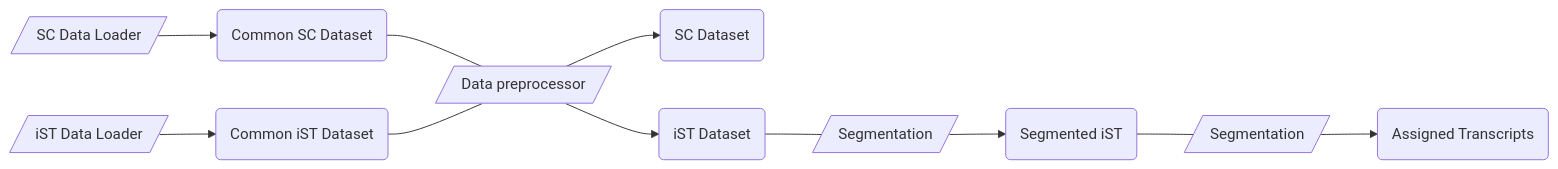
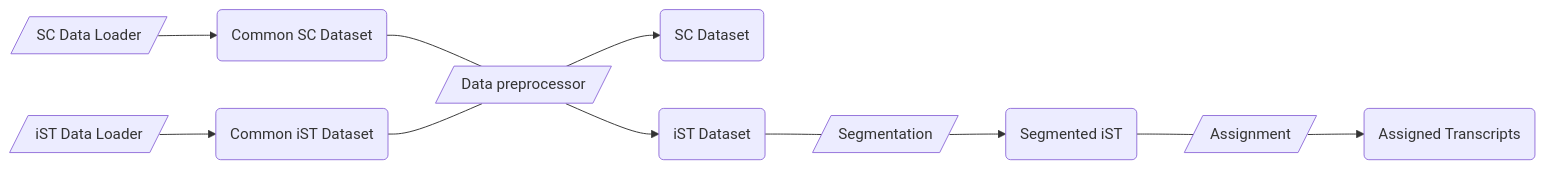
One commit to openproblems-bio/task_ist_preprocessing changed the diagram in README.md. Above: the diagram before and after it, drawn with Mermaid. The commit also changed other lines of this file and 2 other files, not shown here.

````diff
--- a/README.md
+++ b/README.md
@@ -37,24 +37,24 @@
 ``` mermaid
 flowchart LR
   comp_data_loader_sc[/"SC Data Loader"/]
   file_common_singlecell("Common SC Dataset")
   comp_data_preprocessor[/"Data preprocessor"/]
   file_singlecell("SC Dataset")
   file_spatialdata("iST Dataset")
   comp_segmentation_method[/"Segmentation"/]
   file_spatialdata_segmented("Segmented iST")
-  comp_assignment_method[/"Segmentation"/]
+  comp_assignment_method[/"Assignment"/]
   file_spatialdata_assigned("Assigned Transcripts")
   file_common_spatialdata("Common iST Dataset")
   comp_data_loader_sp[/"iST Data Loader"/]
   comp_data_loader_sc-->file_common_singlecell
   file_common_singlecell---comp_data_preprocessor
   comp_data_preprocessor-->file_singlecell
   comp_data_preprocessor-->file_spatialdata
   file_spatialdata---comp_segmentation_method
   comp_segmentation_method-->file_spatialdata_segmented
   file_spatialdata_segmented---comp_assignment_method
   comp_assignment_method-->file_spatialdata_assigned
   file_common_spatialdata---comp_data_preprocessor
   comp_data_loader_sp-->file_common_spatialdata
 ```
````
